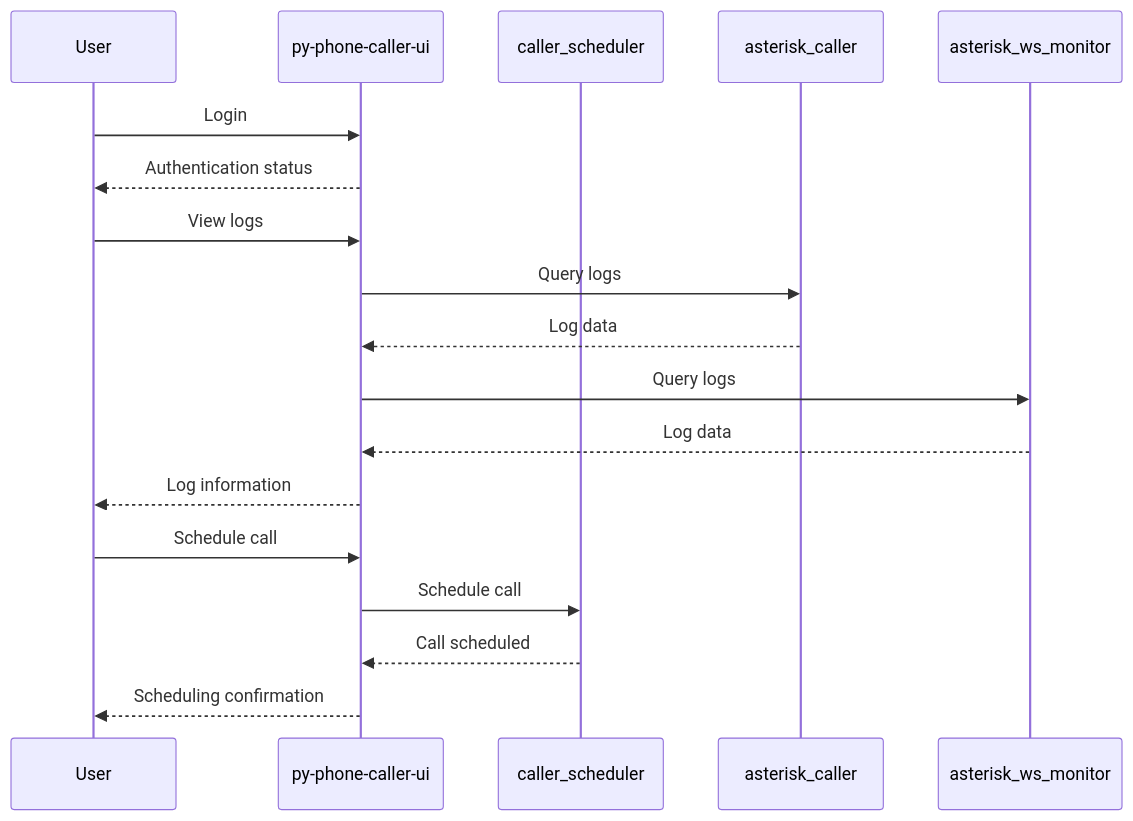
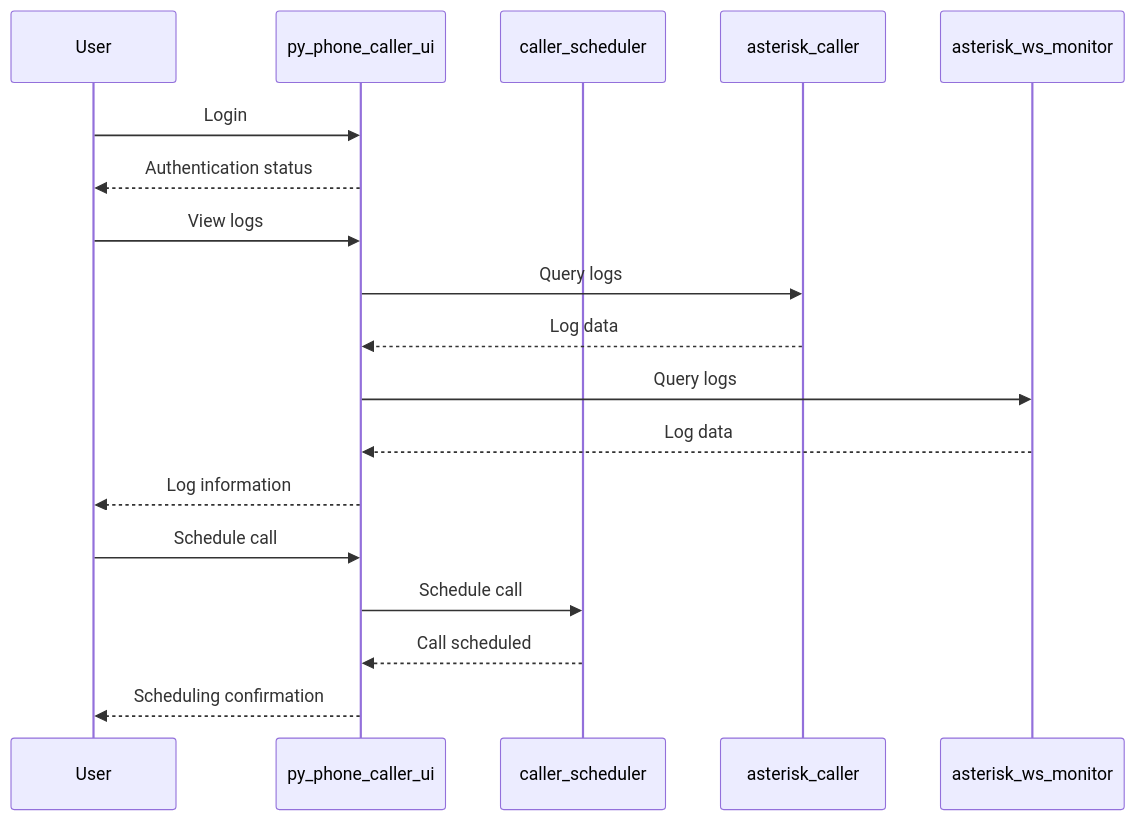
Before and after one commit to jcfdeb/py-phone-caller: diagram 11 of 21 in docs/py-phone-caller_2025.05.md, drawn with Mermaid. The commit also changed other lines of this file and 217 other files, not shown here.

````diff
--- a/docs/py-phone-caller_2025.05.md
+++ b/docs/py-phone-caller_2025.05.md
@@ -398,23 +484,23 @@
 ```mermaid
 sequenceDiagram
     participant User
-    participant UI as py-phone-caller-ui
+    participant UI as py_phone_caller_ui
     participant CS as caller_scheduler
     participant AC as asterisk_caller
     participant WSM as asterisk_ws_monitor
 
     User->>UI: Login
     UI-->>User: Authentication status
 
     User->>UI: View logs
     UI->>AC: Query logs
     AC-->>UI: Log data
     UI->>WSM: Query logs
     WSM-->>UI: Log data
     UI-->>User: Log information
 
     User->>UI: Schedule call
     UI->>CS: Schedule call
     CS-->>UI: Call scheduled
     UI-->>User: Scheduling confirmation
 ```
````
